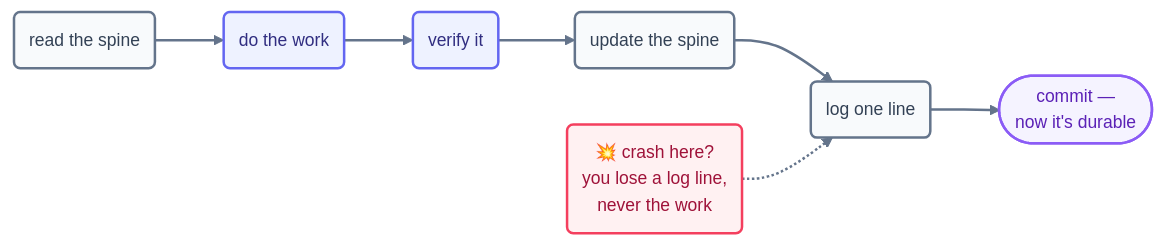
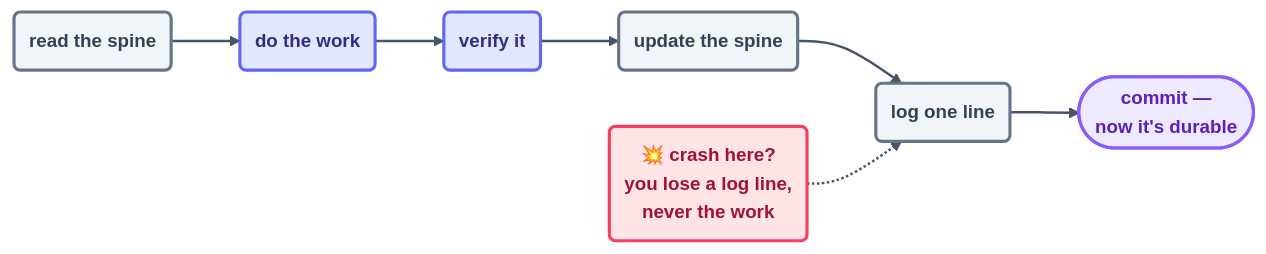
The first of 2 diagrams in docs/06-part-4-the-spine/12-state-between-runs.md (ayeshakhalid192007-dev/LoopEngineering-CrashCourse), drawn with Mermaid before and after one commit. The commit also changed other lines of this file and 66 other files, not shown here.

First line of the commit message:
docs(diagrams): visibly bolder pass — deeper fills, heavier strokes, semibold labels

````diff
--- a/docs/06-part-4-the-spine/12-state-between-runs.md
+++ b/docs/06-part-4-the-spine/12-state-between-runs.md
@@ -44,12 +44,12 @@
 ```mermaid
-%%{init: {'theme':'base','themeVariables':{'fontFamily':'ui-sans-serif, system-ui, sans-serif','fontSize':'14px','lineColor':'#64748b','edgeLabelBackground':'#f8fafc'},'flowchart':{'curve':'basis','nodeSpacing':45,'rankSpacing':55,'padding':12}}}%%
+%%{init: {'theme':'base','themeVariables':{'fontFamily':'ui-sans-serif, system-ui, sans-serif','fontSize':'15px','lineColor':'#475569','edgeLabelBackground':'#f8fafc'},'flowchart':{'curve':'basis','nodeSpacing':45,'rankSpacing':55,'padding':12}}}%%
 flowchart LR
     RD("read the spine"):::file --> WK("do the work"):::beat --> VF("verify it"):::beat
     VF --> UP("update the spine"):::file --> LG("log one line"):::file --> CM(["commit —<br/>now it's durable"]):::cfg
     CR("💥 crash here?<br/>you lose a log line,<br/>never the work"):::crash -.-> LG
-    linkStyle default stroke:#64748b,stroke-width:2px;
-    classDef file fill:#f8fafc,stroke:#64748b,stroke-width:2px,color:#334155;
-    classDef beat fill:#eef2ff,stroke:#6366f1,stroke-width:2px,color:#312e81;
-    classDef cfg fill:#f5f3ff,stroke:#8b5cf6,stroke-width:2px,color:#5b21b6;
-    classDef crash fill:#fff1f2,stroke:#f43f5e,stroke-width:2px,color:#9f1239;
+    linkStyle default stroke:#475569,stroke-width:2px;
+    classDef file fill:#f1f5f9,stroke:#64748b,stroke-width:2.5px,color:#334155,font-weight:600;
+    classDef beat fill:#e0e7ff,stroke:#6366f1,stroke-width:2.5px,color:#312e81,font-weight:600;
+    classDef cfg fill:#ede9fe,stroke:#8b5cf6,stroke-width:2.5px,color:#5b21b6,font-weight:600;
+    classDef crash fill:#ffe4e6,stroke:#f43f5e,stroke-width:2.5px,color:#9f1239,font-weight:600;
 ```
````
